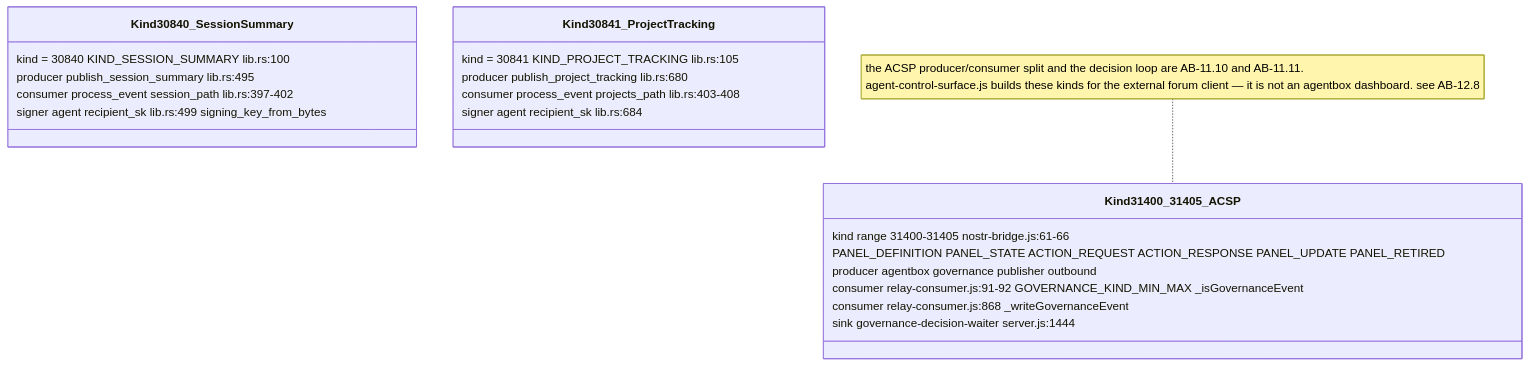
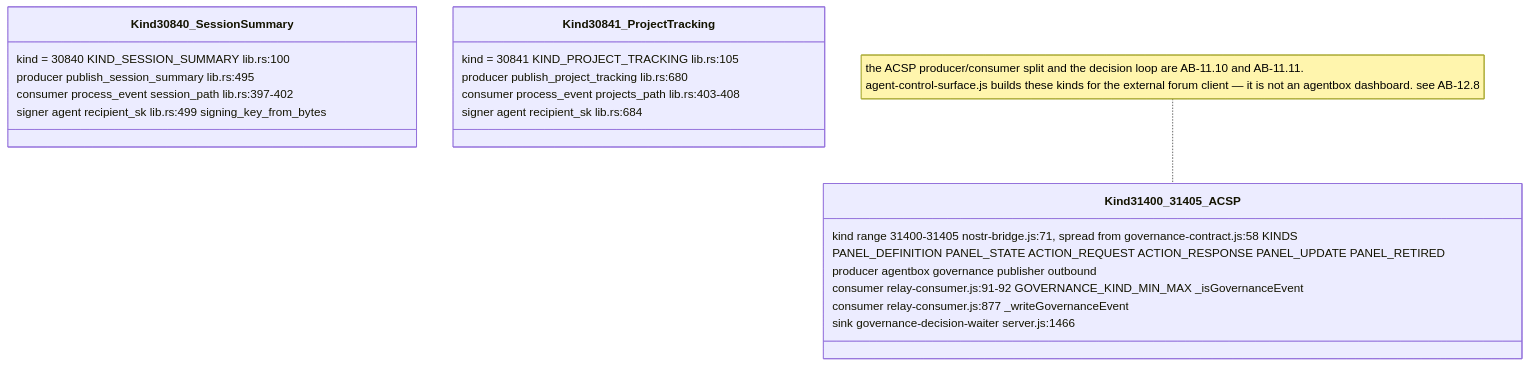
One commit to DreamLab-AI/VisionFlow changed the fifth of 16 diagrams in docs/diagrams/agentbox/13-nostr-relay-gateway-bridge-mirror.md. Above: the diagram before and after it, drawn with Mermaid. The commit also changed other lines of this file and 7 other files, not shown here.

First line of the commit message:
diagrams(agentbox): re-verify AB-09..AB-16 at agentbox 59b1aca, re-stamp

````diff
--- a/docs/diagrams/agentbox/13-nostr-relay-gateway-bridge-mirror.md
+++ b/docs/diagrams/agentbox/13-nostr-relay-gateway-bridge-mirror.md
@@ -209,24 +210,24 @@
 ```mermaid
 classDiagram
     class Kind30840_SessionSummary {
         kind = 30840 KIND_SESSION_SUMMARY lib.rs:100
         producer publish_session_summary lib.rs:495
         consumer process_event session_path lib.rs:397-402
         signer agent recipient_sk lib.rs:499 signing_key_from_bytes
     }
     class Kind30841_ProjectTracking {
         kind = 30841 KIND_PROJECT_TRACKING lib.rs:105
         producer publish_project_tracking lib.rs:680
         consumer process_event projects_path lib.rs:403-408
         signer agent recipient_sk lib.rs:684
     }
     class Kind31400_31405_ACSP {
-        kind range 31400-31405 nostr-bridge.js:61-66
+        kind range 31400-31405 nostr-bridge.js:71, spread from governance-contract.js:58 KINDS
         PANEL_DEFINITION PANEL_STATE ACTION_REQUEST ACTION_RESPONSE PANEL_UPDATE PANEL_RETIRED
         producer agentbox governance publisher outbound
         consumer relay-consumer.js:91-92 GOVERNANCE_KIND_MIN_MAX _isGovernanceEvent
-        consumer relay-consumer.js:868 _writeGovernanceEvent
-        sink governance-decision-waiter server.js:1444
+        consumer relay-consumer.js:877 _writeGovernanceEvent
+        sink governance-decision-waiter server.js:1466
     }
     note for Kind31400_31405_ACSP "the ACSP producer/consumer split and the decision loop are AB-11.10 and AB-11.11.<br/>agent-control-surface.js builds these kinds for the external forum client — it is not an agentbox dashboard. see AB-12.8"
 ```
````
